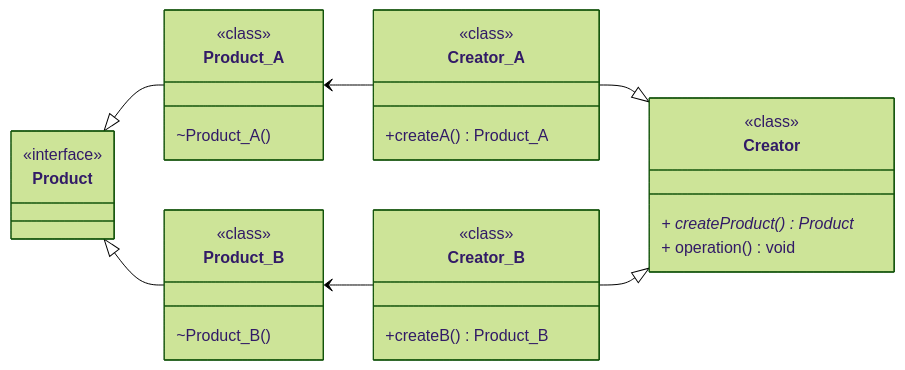
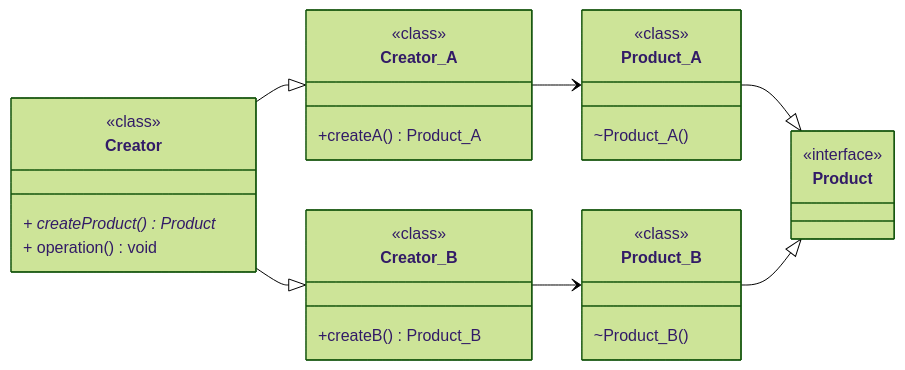
The first of 2 diagrams in Programming/Patterns/data/Factory.md (angelromarco04/MyNotes), drawn with Mermaid (forest theme) before and after one commit.

Commit message:
-03-2024_1456

````diff
--- a/Programming/Patterns/data/Factory.md
+++ b/Programming/Patterns/data/Factory.md
@@ -39,43 +39,44 @@
 ```mermaid
 classDiagram
 direction LR
-Product <|--  Product_A
-Product <|-- Product_B
 
-Product_A <-- Creator_A
-Product_B <-- Creator_B
+Creator --|> Creator_A
+Creator --|> Creator_B
 
-Creator_A --|> Creator
-Creator_B --|> Creator
+Creator_A --> Product_A
+Creator_B --> Product_B
+
+Product_A --|> Product
+Product_B --|> Product
 
 class Product {
 	<<interface>>
 }
 
 class Product_A {
 	<<class>>
 	~Product_A()
 }
 
 class Product_B {
 	<<class>>
 	~Product_B()
 }
 
 class Creator {
 	<<class>>
 	+ createProduct() Product*
 	+ operation() void
 }
 
 class Creator_A {
 	<<class>>
 	+createA() Product_A
 }
 
 class Creator_B {
 	<<class>>
 	+createB() Product_B
 }
 
 ```
````
